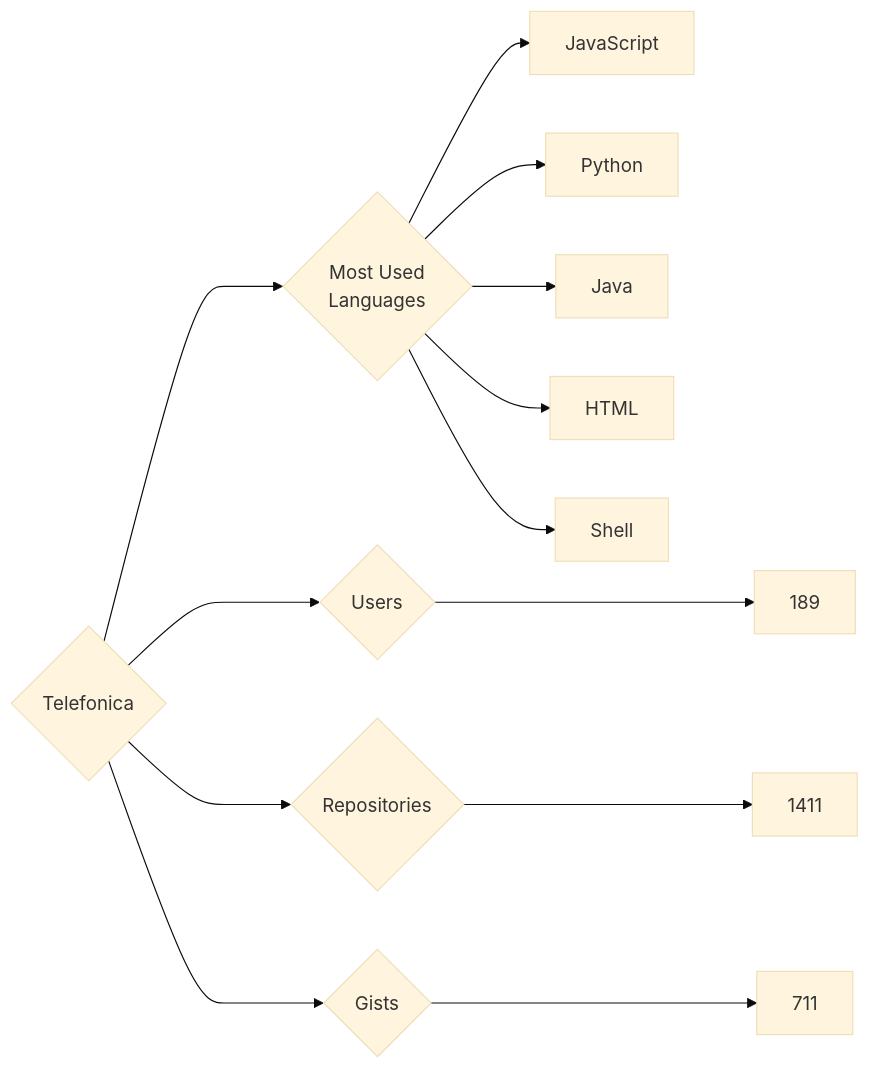
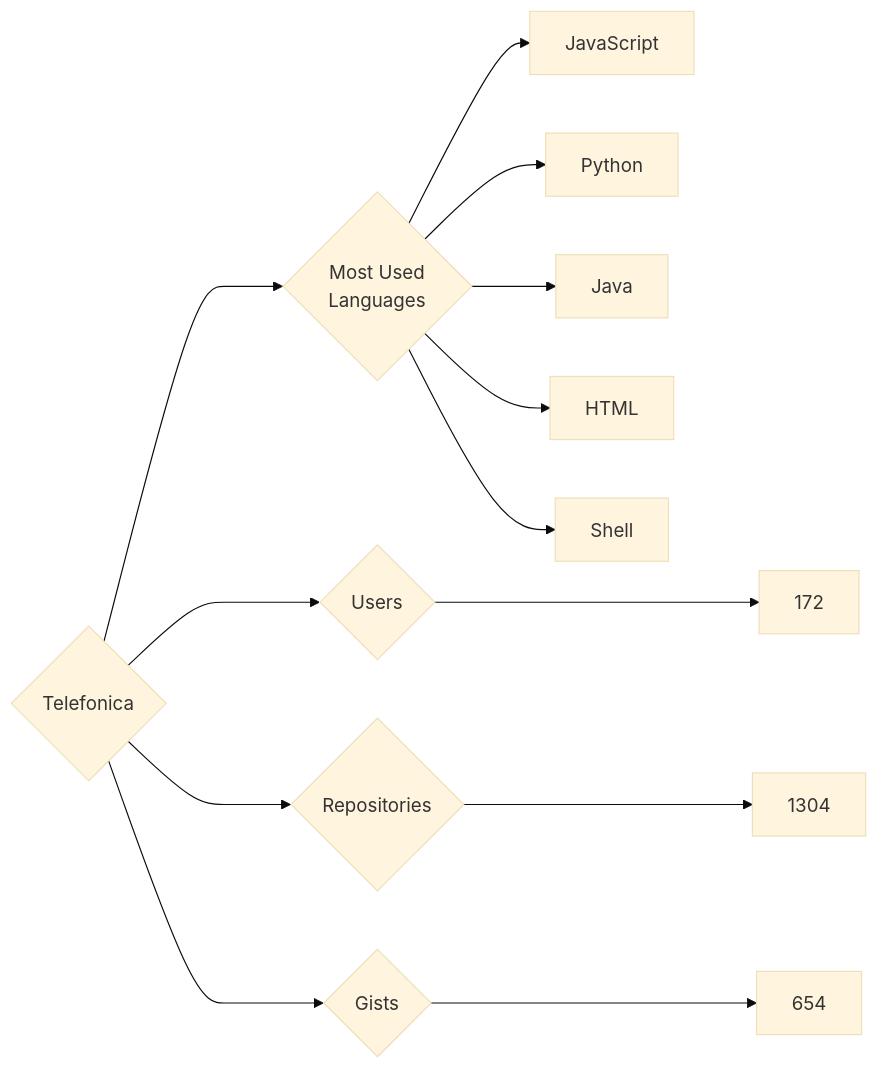
One commit to trickest/insiders changed the diagram in targets/Telefonica/README.md. Above: the diagram before and after it, drawn with Mermaid (base theme). The commit also changed 953 other files, not shown here.

````diff
--- a/targets/Telefonica/README.md
+++ b/targets/Telefonica/README.md
@@ -3,13 +3,13 @@
 ```mermaid
 graph LR
 COMPANY_NAME{Telefonica}
-COMPANY_NAME ---> U{Users} ---> UN[189]
-COMPANY_NAME ---> R{Repositories} ---> RN[1411]
-COMPANY_NAME ---> G{Gists} ---> GN[711]
+COMPANY_NAME ---> U{Users} ---> UN[172]
+COMPANY_NAME ---> R{Repositories} ---> RN[1304]
+COMPANY_NAME ---> G{Gists} ---> GN[654]
 COMPANY_NAME ---> ML{Most Used<br>Languages}
 ML --> JavaScript[JavaScript]
 ML --> Python[Python]
 ML --> Java[Java]
 ML --> HTML[HTML]
 ML --> Shell[Shell]
 ```
````
